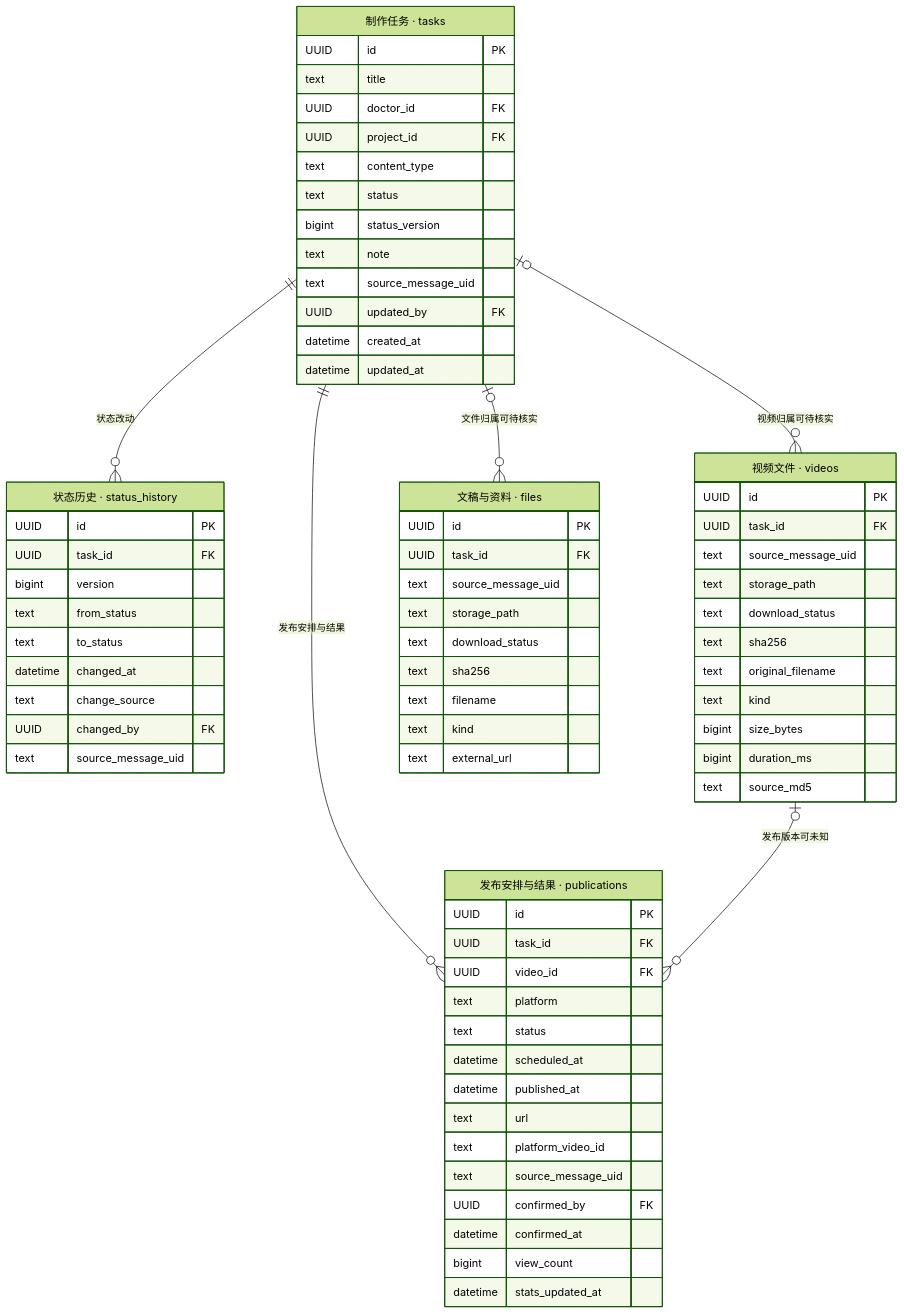
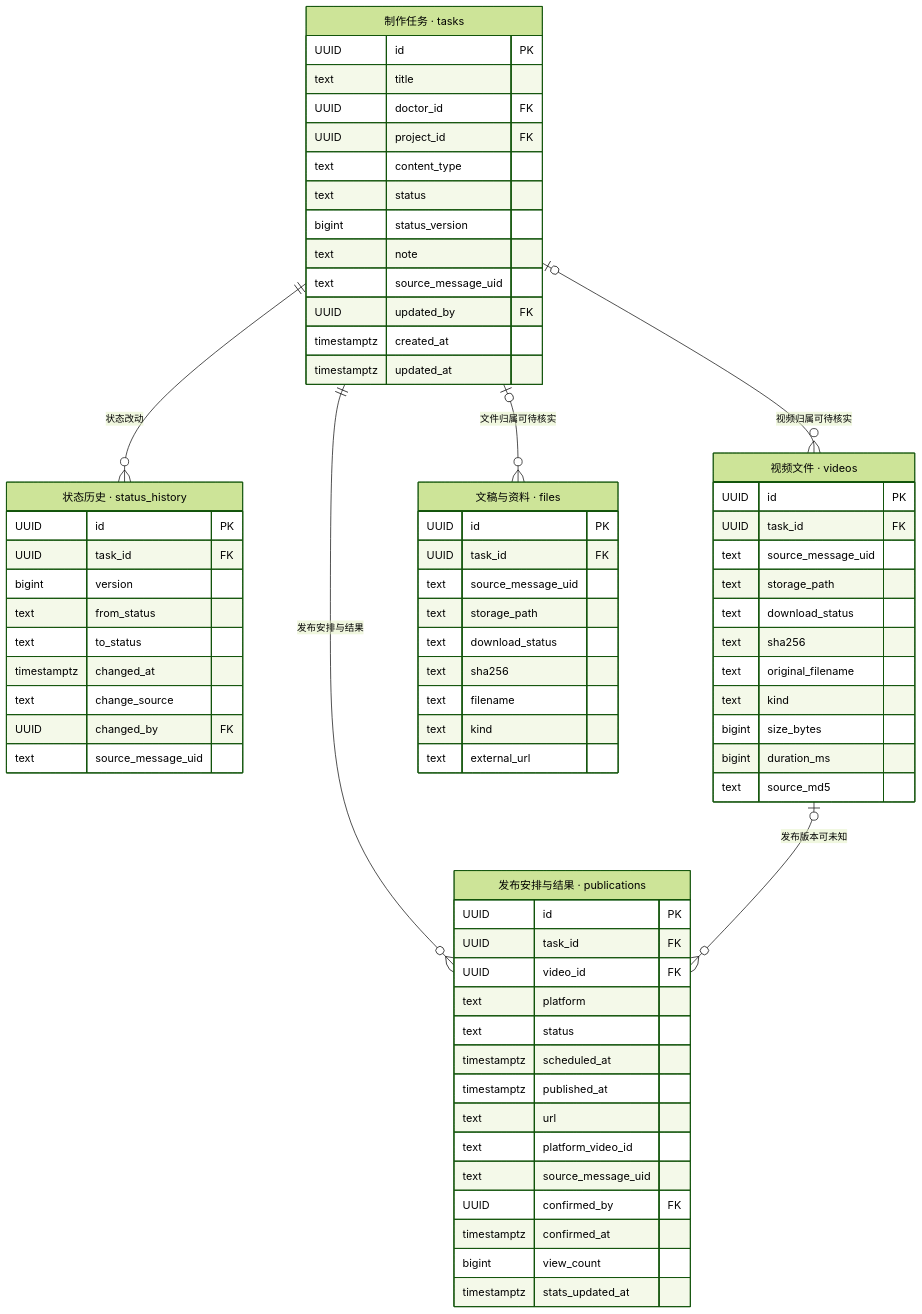
One commit to xunzhengkepu/docs changed the diagram in task-model-20261017/maizi-task-database-20261017-v01-tasks.mmd. Above: the diagram before and after it, drawn with Mermaid (forest theme). The commit also changed 8 other files, not shown here.

Commit message:
docs: select PostgreSQL for business schema

```diff
--- a/task-model-20261017/maizi-task-database-20261017-v01-tasks.mmd
+++ b/task-model-20261017/maizi-task-database-20261017-v01-tasks.mmd
@@ -1,71 +1,71 @@
 erDiagram
     tasks ||--o{ status_history : "状态改动"
     tasks o|--o{ videos : "视频归属可待核实"
     tasks o|--o{ files : "文件归属可待核实"
     tasks ||--o{ publications : "发布安排与结果"
     videos o|--o{ publications : "发布版本可未知"
     tasks["制作任务 · tasks"] {
         UUID id PK
         text title
         UUID doctor_id FK
         UUID project_id FK
         text content_type
         text status
         bigint status_version
         text note
         text source_message_uid
         UUID updated_by FK
-        datetime created_at
-        datetime updated_at
+        timestamptz created_at
+        timestamptz updated_at
     }
     status_history["状态历史 · status_history"] {
         UUID id PK
         UUID task_id FK
         bigint version
         text from_status
         text to_status
-        datetime changed_at
+        timestamptz changed_at
         text change_source
         UUID changed_by FK
         text source_message_uid
     }
     videos["视频文件 · videos"] {
         UUID id PK
         UUID task_id FK
         text source_message_uid
         text storage_path
         text download_status
         text sha256
         text original_filename
         text kind
         bigint size_bytes
         bigint duration_ms
         text source_md5
     }
     files["文稿与资料 · files"] {
         UUID id PK
         UUID task_id FK
         text source_message_uid
         text storage_path
         text download_status
         text sha256
         text filename
         text kind
         text external_url
     }
     publications["发布安排与结果 · publications"] {
         UUID id PK
         UUID task_id FK
         UUID video_id FK
         text platform
         text status
-        datetime scheduled_at
-        datetime published_at
+        timestamptz scheduled_at
+        timestamptz published_at
         text url
         text platform_video_id
         text source_message_uid
         UUID confirmed_by FK
-        datetime confirmed_at
+        timestamptz confirmed_at
         bigint view_count
-        datetime stats_updated_at
+        timestamptz stats_updated_at
     }
```
